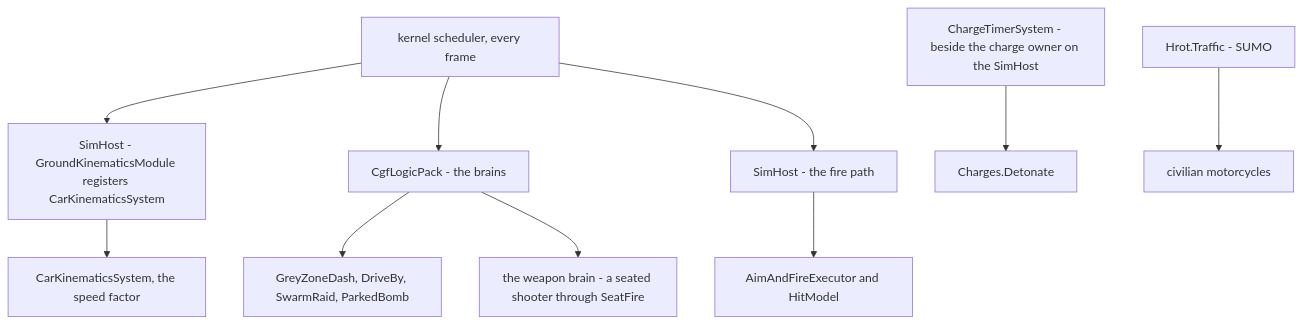
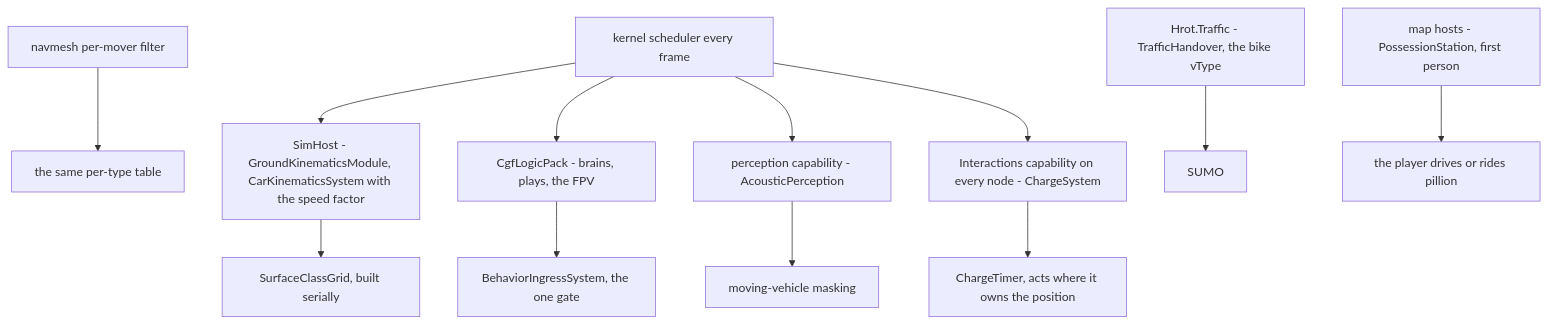
Before and after one commit to pjanec/HROT: the third of 3 diagrams in docs/designs/vehicle-tactics/DESIGN_Motorcycle.md, drawn with Mermaid. The commit also changed other lines of this file and 4 other files, not shown here.

First line of the commit message:
docs: fold the reviews - motorcycle (conduct categories, player drive / pillion, R-4263) and checkpoint/ramming READY-TO-BUILD; CE-4621, CE-4622

````diff
--- a/docs/designs/vehicle-tactics/DESIGN_Motorcycle.md
+++ b/docs/designs/vehicle-tactics/DESIGN_Motorcycle.md
@@ -164,12 +195,14 @@
 ```mermaid
 graph TD
-  SIM[SimHost - GroundKinematicsModule registers CarKinematicsSystem] --> CK[CarKinematicsSystem, the speed factor]
-  CGF[CgfLogicPack - the brains] --> PLAYS[GreyZoneDash, DriveBy, SwarmRaid, ParkedBomb]
-  CGF --> FIRE[the weapon brain - a seated shooter through SeatFire]
-  SIMF[SimHost - the fire path] --> AE[AimAndFireExecutor and HitModel]
-  TIMER[ChargeTimerSystem - beside the charge owner on the SimHost] --> CH[Charges.Detonate]
-  TRAF[Hrot.Traffic - SUMO] --> CIVB[civilian motorcycles]
-  SCH[kernel scheduler, every frame] --> SIM
+  SIM[SimHost - GroundKinematicsModule, CarKinematicsSystem with the speed factor] --> SG[SurfaceClassGrid, built serially]
+  NAV[navmesh per-mover filter] --> SG2[the same per-type table]
+  CGF[CgfLogicPack - brains, plays, the FPV] --> GATE[BehaviorIngressSystem, the one gate]
+  PER[perception capability - AcousticPerception] --> MASK[moving-vehicle masking]
+  INT[Interactions capability on every node - ChargeSystem] --> CT[ChargeTimer, acts where it owns the position]
+  TRAF[Hrot.Traffic - TrafficHandover, the bike vType] --> SUMO[SUMO]
+  MAP[map hosts - PossessionStation, first person] --> PL[the player drives or rides pillion]
+  SCH[kernel scheduler every frame] --> SIM
   SCH --> CGF
-  SCH --> SIMF
+  SCH --> PER
+  SCH --> INT
 ```
````
